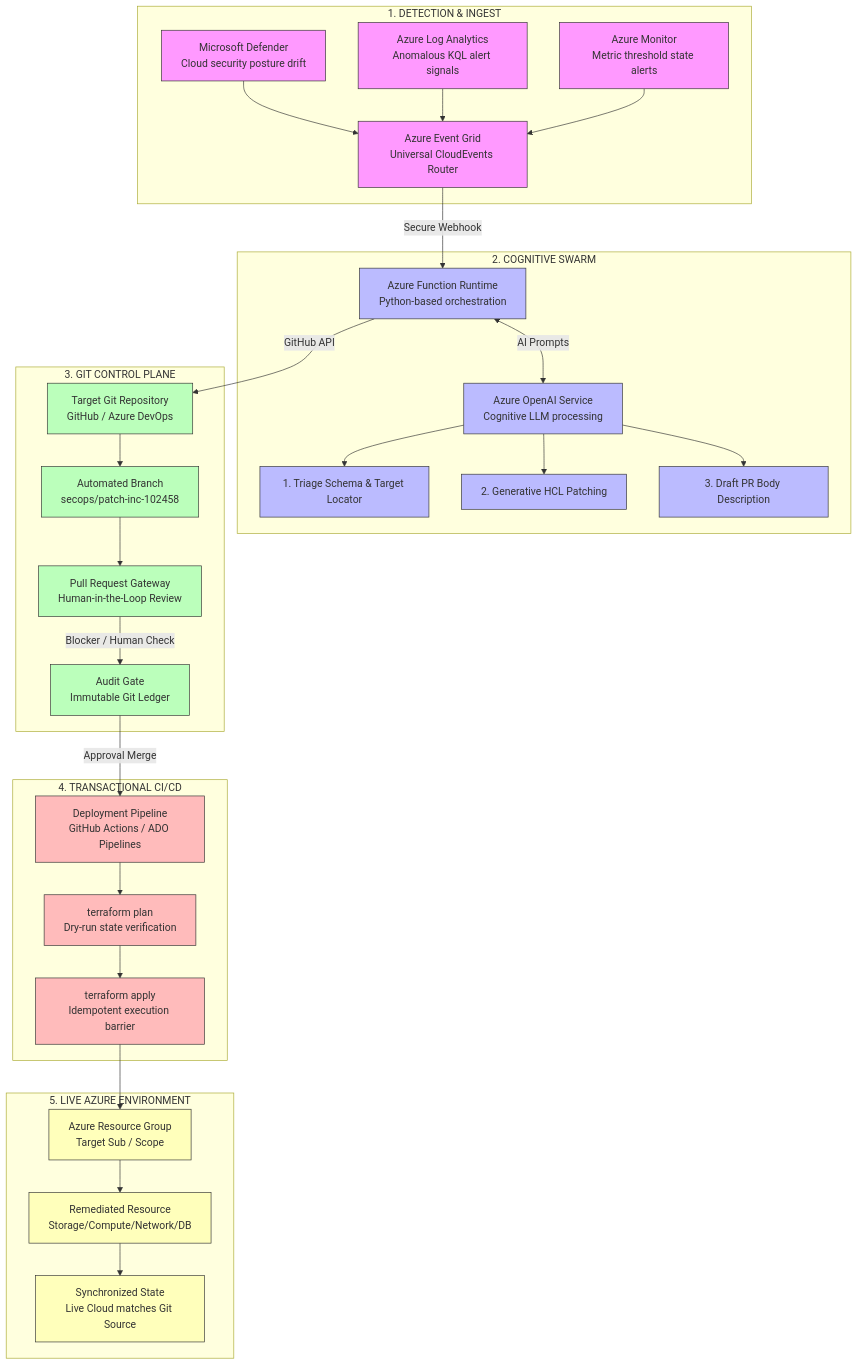
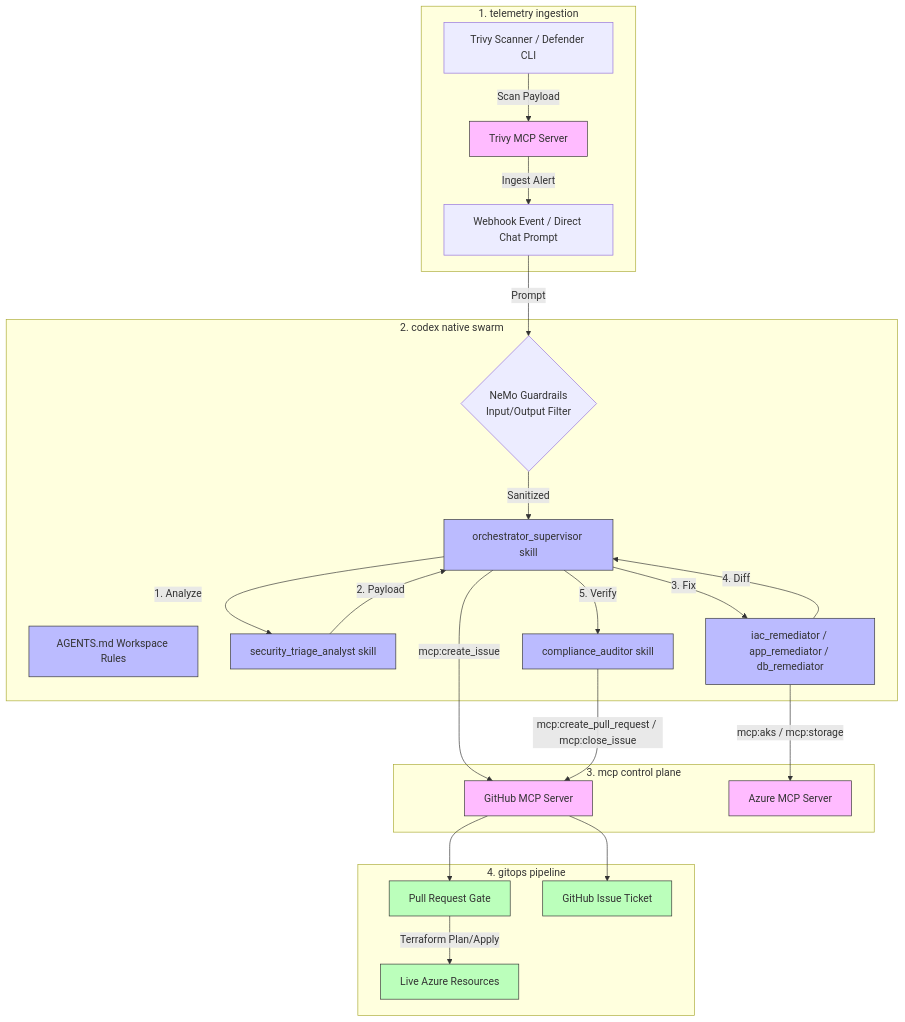
The first of 2 diagrams in docs/architecture/azureops_gitops_architecture.md (jagat1980/azureops-terraform-sentinel), drawn with Mermaid before and after one commit. The commit also changed other lines of this file and 3 other files, not shown here.

Commit message:
fix(secops): resolve merge conflicts and stabilize Solution 2 webhook app

````diff
--- a/docs/architecture/azureops_gitops_architecture.md
+++ b/docs/architecture/azureops_gitops_architecture.md
@@ -12,77 +16,59 @@
 ```mermaid
 graph TD
-    %% Detection & Ingest Phase
-    subgraph Detection [1. DETECTION & INGEST]
-        MD[Microsoft Defender<br/>Cloud security posture drift]
-        LA[Azure Log Analytics<br/>Anomalous KQL alert signals]
-        AM[Azure Monitor<br/>Metric threshold state alerts]
-        EG[Azure Event Grid<br/>Universal CloudEvents Router]
-
-        MD --> EG
-        LA --> EG
-        AM --> EG
+    %% Telemetry & Ingest
+    subgraph Ingest [1. telemetry ingestion]
+        Trivy[Trivy Scanner / Defender CLI]
+        MCP_Trivy[Trivy MCP Server]
+        Alert[Webhook Event / Direct Chat Prompt]
+        
+        Trivy --> |Scan Payload| MCP_Trivy
+        MCP_Trivy --> |Ingest Alert| Alert
     end
 
-    %% Cognitive Swarm Phase
-    subgraph Swarm [2. COGNITIVE SWARM]
-        FN[Azure Function Runtime<br/>Python-based orchestration]
-        AI[Azure OpenAI Service<br/>Cognitive LLM processing]
-        
-        Triage[1. Triage Schema & Target Locator]
-        Patch[2. Generative HCL Patching]
-        Copywrite[3. Draft PR Body Description]
+    %% Codex Swarm
+    subgraph Swarm [2. codex native swarm]
+        GR{NeMo Guardrails<br/>Input/Output Filter}
+        Rules[AGENTS.md Workspace Rules]
+        Supervisor[orchestrator_supervisor skill]
+        Triage[security_triage_analyst skill]
+        Remediator[iac_remediator / app_remediator / db_remediator]
+        Auditor[compliance_auditor skill]
 
-        EG --> |Secure Webhook| FN
-        FN <--> |AI Prompts| AI
-        AI --> Triage
-        AI --> Patch
-        AI --> Copywrite
+        Alert --> |Prompt| GR
+        GR --> |Sanitized| Supervisor
+        Supervisor --> |1. Analyze| Triage
+        Triage --> |2. Payload| Supervisor
+        Supervisor --> |3. Fix| Remediator
+        Remediator --> |4. Diff| Supervisor
+        Supervisor --> |5. Verify| Auditor
     end
 
-    %% Git Control Plane Phase
-    subgraph GitPlane [3. GIT CONTROL PLANE]
-        Repo[Target Git Repository<br/>GitHub / Azure DevOps]
-        Branch[Automated Branch<br/>secops/patch-inc-102458]
-        PR[Pull Request Gateway<br/>Human-in-the-Loop Review]
-        Audit[Audit Gate<br/>Immutable Git Ledger]
+    %% MCP Control Plane
+    subgraph ControlPlane [3. mcp control plane]
+        MCP_Git[GitHub MCP Server]
+        MCP_Az[Azure MCP Server]
 
-        FN --> |GitHub API| Repo
-        Repo --> Branch
-        Branch --> PR
-        PR --> |Blocker / Human Check| Audit
+        Supervisor --> |mcp:create_issue| MCP_Git
+        Auditor --> |mcp:create_pull_request / mcp:close_issue| MCP_Git
+        Remediator --> |mcp:aks / mcp:storage| MCP_Az
     end
 
-    %% Transactional CI/CD Phase
-    subgraph CICD [4. TRANSACTIONAL CI/CD]
-        Pipeline[Deployment Pipeline<br/>GitHub Actions / ADO Pipelines]
-        Plan[terraform plan<br/>Dry-run state verification]
-        Apply[terraform apply<br/>Idempotent execution barrier]
+    %% GitOps & Live Env
+    subgraph GitOps [4. gitops pipeline]
+        PR[Pull Request Gate]
+        GitIssue[GitHub Issue Ticket]
+        Live[Live Azure Resources]
 
-        Audit --> |Approval Merge| Pipeline
-        Pipeline --> Plan
-        Plan --> Apply
+        MCP_Git --> PR
+        MCP_Git --> GitIssue
+        PR --> |Terraform Plan/Apply| Live
     end
 
-    %% Live Azure Environment Phase
-    subgraph LiveEnv [5. LIVE AZURE ENVIRONMENT]
-        RG[Azure Resource Group<br/>Target Sub / Scope]
-        Res[Remediated Resource<br/>Storage/Compute/Network/DB]
-        Sync[Synchronized State<br/>Live Cloud matches Git Source]
+    classDef codex fill:#bbf,stroke:#333,stroke-width:1px;
+    classDef mcp fill:#fbf,stroke:#333,stroke-width:1px;
+    classDef gitops fill:#bfb,stroke:#333,stroke-width:1px;
 
-        Apply --> RG
-        RG --> Res
-        Res --> Sync
-    end
-
-    classDef telemetry fill:#f9f,stroke:#333,stroke-width:1px;
-    classDef orchestrator fill:#bbf,stroke:#333,stroke-width:1px;
-    classDef git fill:#bfb,stroke:#333,stroke-width:1px;
-    classDef cicd fill:#fbb,stroke:#333,stroke-width:1px;
-    classDef live fill:#ffb,stroke:#333,stroke-width:1px;
-
-    class MD,LA,AM,EG telemetry;
-    class FN,AI,Triage,Patch,Copywrite orchestrator;
-    class Repo,Branch,PR,Audit git;
-    class Pipeline,Plan,Apply cicd;
-    class RG,Res,Sync live;
+    class Rules,Supervisor,Triage,Remediator,Auditor codex;
+    class MCP_Git,MCP_Az,MCP_Trivy mcp;
+    class PR,GitIssue,Live gitops;
 ```
````
